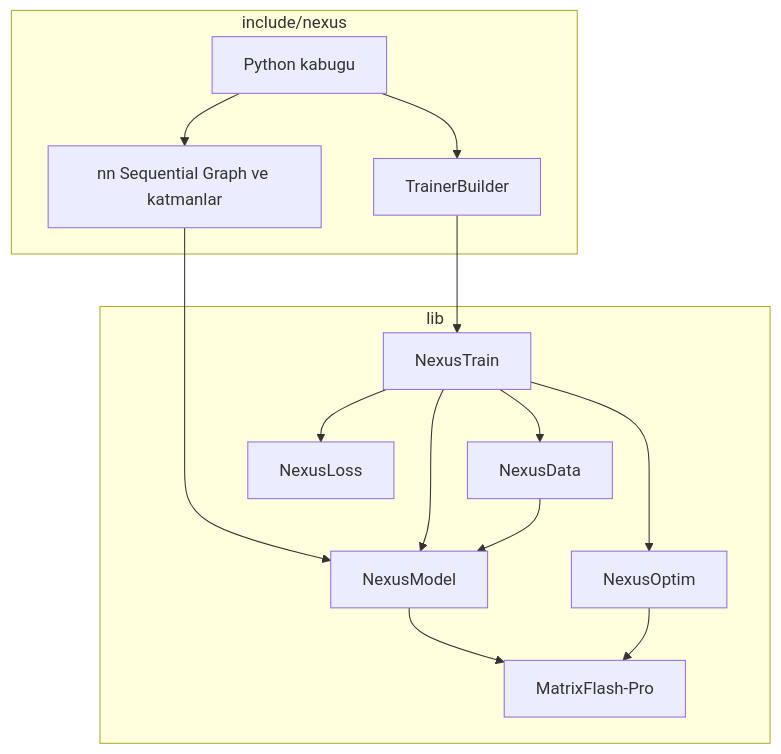
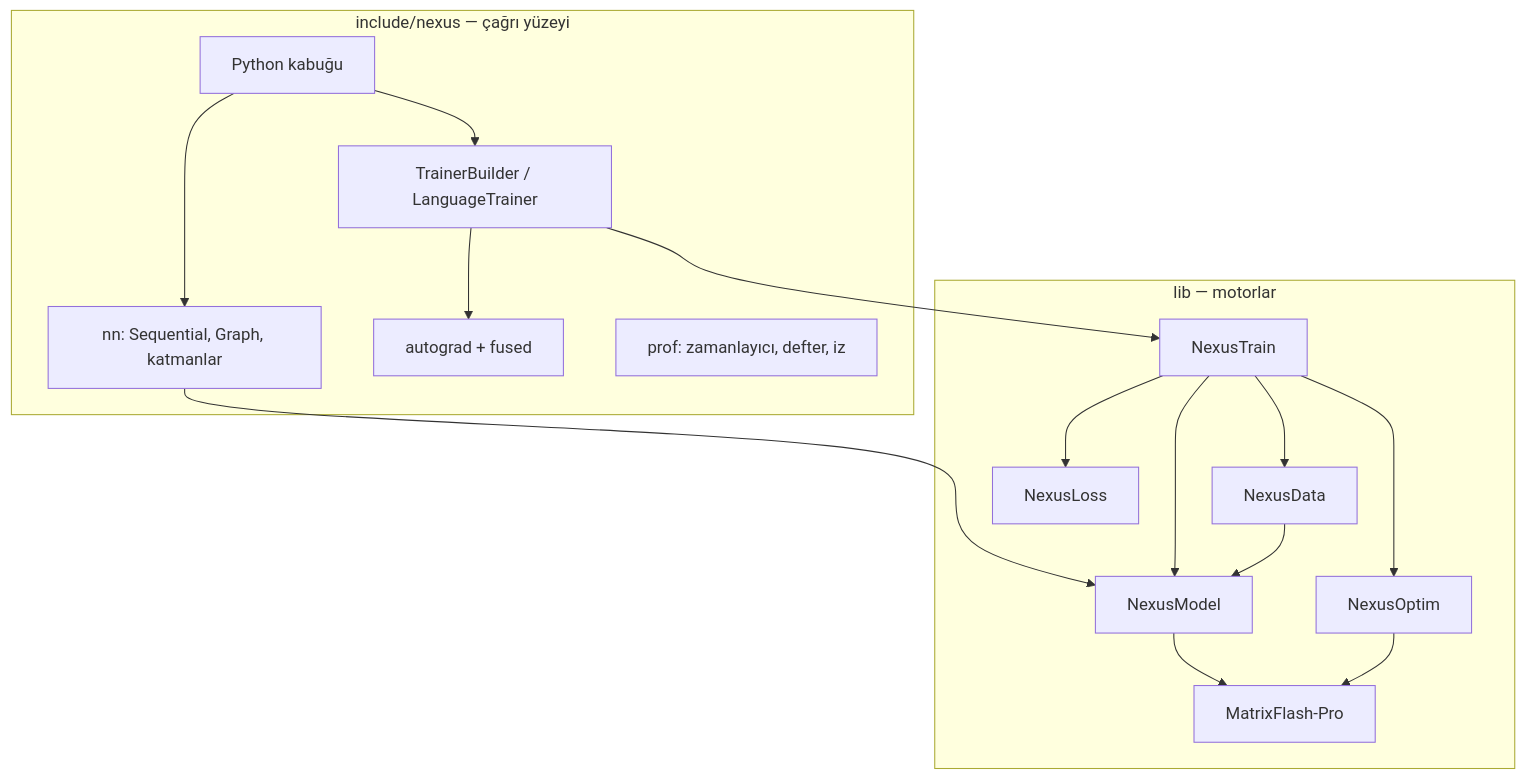
One commit to muhamedsahin/Nexus changed the diagram in README.md. Above: the diagram before and after it, drawn with Mermaid. The commit also changed other lines of this file and 1 other file, not shown here.

````diff
--- a/README.md
+++ b/README.md
@@ -18,27 +86,30 @@
 ```mermaid
 flowchart TB
-  subgraph facade ["include/nexus"]
-    nn[nn Sequential Graph ve katmanlar]
-    train[TrainerBuilder]
-    py[Python kabugu]
+  subgraph facade ["include/nexus — çağrı yüzeyi"]
+    nn[nn: Sequential, Graph, katmanlar]
+    ag[autograd + fused]
+    train[TrainerBuilder / LanguageTrainer]
+    prof[prof: zamanlayıcı, defter, iz]
+    py[Python kabuğu]
   end
-  subgraph engines [lib]
+  subgraph engines ["lib — motorlar"]
     data[NexusData]
     model[NexusModel]
     loss[NexusLoss]
     optim[NexusOptim]
     trainer[NexusTrain]
     flash[MatrixFlash-Pro]
   end
   py --> nn
   py --> train
   train --> trainer
+  train --> ag
   nn --> model
   trainer --> model
   trainer --> loss
   trainer --> optim
   trainer --> data
   model --> flash
   optim --> flash
   data --> model
 ```
````
